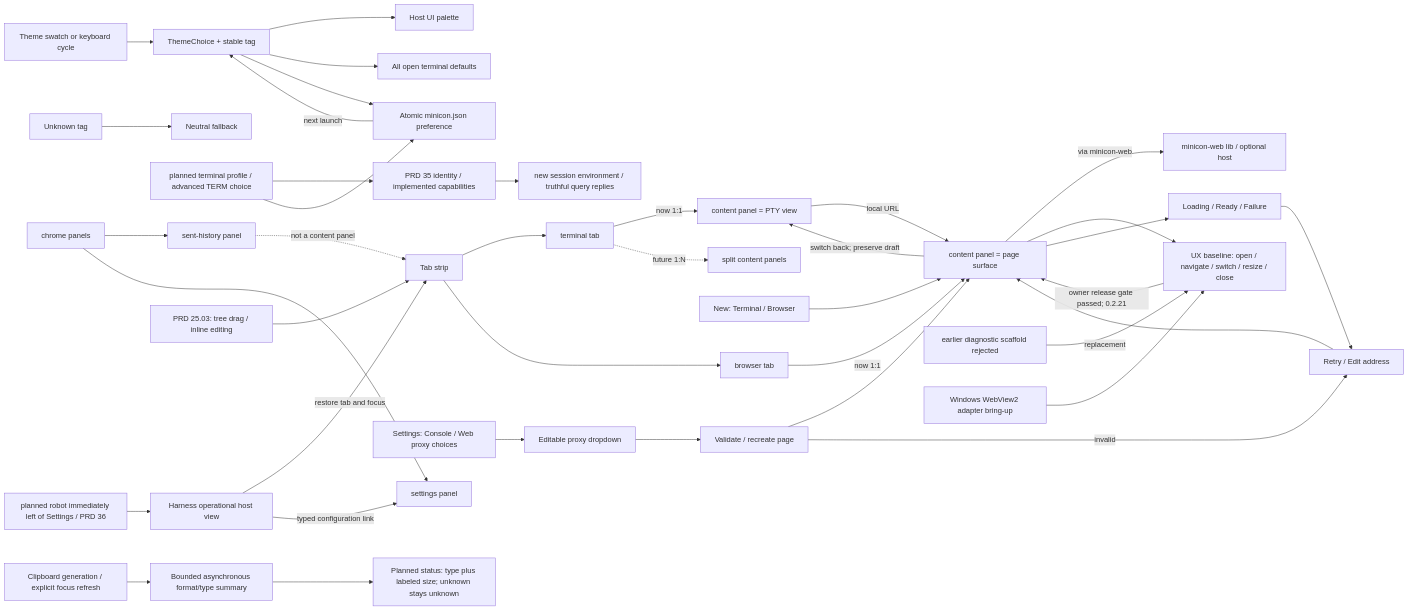
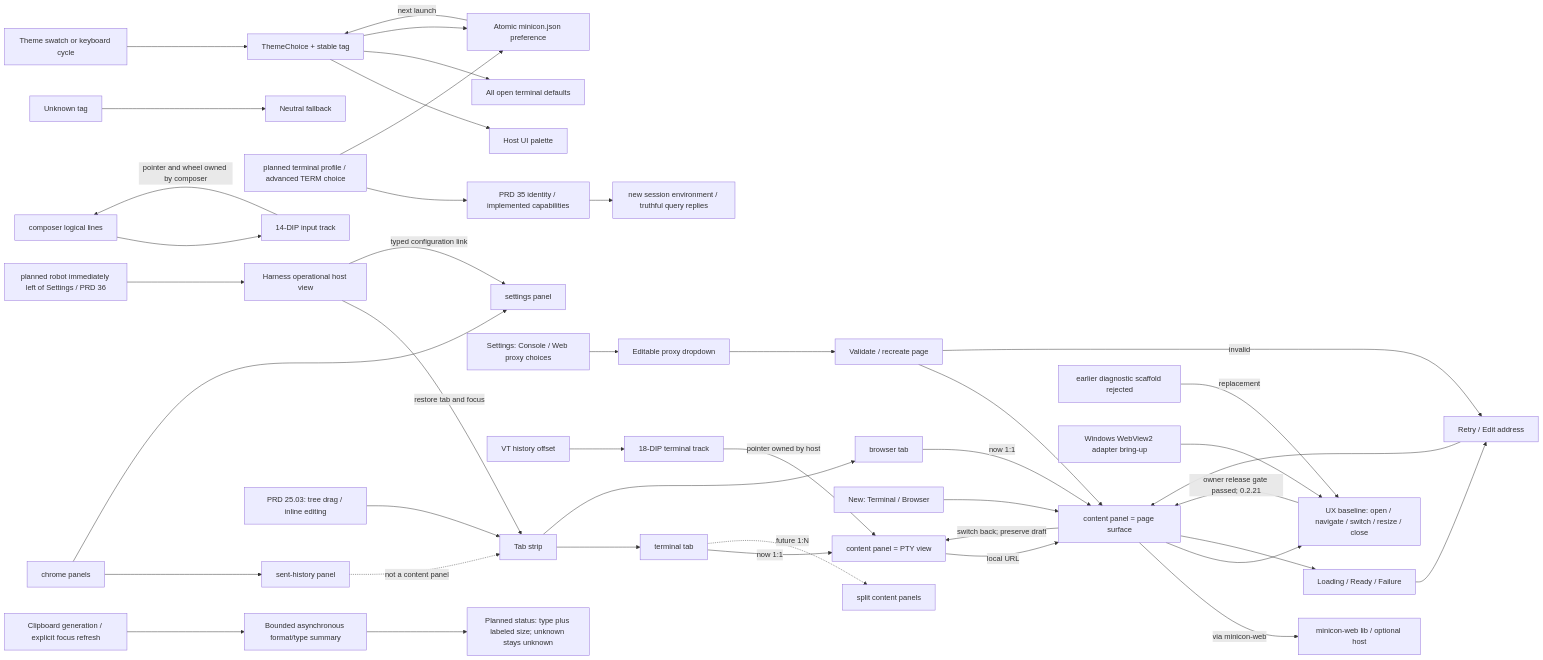
The first of 2 diagrams in prd/PRD_02_25_con_workspace.md (partnernetsoftware/minicon), drawn with Mermaid before and after one commit. The commit also changed other lines of this file and 6 other files, not shown here.

Commit message:
Improve terminal and composer scrollbars

````diff
--- a/prd/PRD_02_25_con_workspace.md
+++ b/prd/PRD_02_25_con_workspace.md
@@ -61,41 +67,45 @@
 ```mermaid
 flowchart LR
     Choice["Theme swatch or keyboard cycle"] --> T["ThemeChoice + stable tag"]
     T --> Host["Host UI palette"]
     T --> Tabs["All open terminal defaults"]
     T --> Save["Atomic minicon.json preference"]
     Save -->|next launch| T
     Bad["Unknown tag"] --> Default["Neutral fallback"]
     Term["planned terminal profile / advanced TERM choice"] --> Contract["PRD 35 identity / implemented capabilities"]
     Contract --> Spawn["new session environment / truthful query replies"]
     Term --> Save
     Strip["Tab strip"] --> TermTab["terminal tab"]
     Strip --> BrTab["browser tab"]
     TermTab -->|"now 1:1"| TermCP["content panel = PTY view"]
     BrTab -->|"now 1:1"| BrCP["content panel = page surface"]
     BrCP -->|"via minicon-web"| Web["minicon-web lib / optional host"]
     BrCP --> UX["UX baseline: open / navigate / switch / resize / close"]
     BadUX["earlier diagnostic scaffold rejected"] -->|"replacement"| UX
     WinWeb["Windows WebView2 adapter bring-up"] --> UX
     UX -->|"owner release gate passed; 0.2.21"| BrCP
     Entry["New: Terminal / Browser"] --> BrCP
     BrCP --> State["Loading / Ready / Failure"]
     State --> Recovery["Retry / Edit address"]
     Recovery --> BrCP
     Choices["Settings: Console / Web proxy choices"] --> Proxy
     Proxy["Editable proxy dropdown"] --> Validate["Validate / recreate page"]
     Validate --> BrCP
     Validate -->|invalid| Recovery
     TermCP -->|"local URL"| BrCP
+    VTHistory["VT history offset"] --> TermScroll["18-DIP terminal track"]
+    DraftLines["composer logical lines"] --> DraftScroll["14-DIP input track"]
+    TermScroll -->|"pointer owned by host"| TermCP
+    DraftScroll -->|"pointer and wheel owned by composer"| DraftLines
     BrCP -->|"switch back; preserve draft"| TermCP
     TermTab -.->|"future 1:N"| Multi["split content panels"]
     Chrome["chrome panels"] --> Hist["sent-history panel"]
     Chrome --> Sett["settings panel"]
     Robot["planned robot immediately left of Settings / PRD 36"] --> HW["Harness operational host view"]
     TI["PRD 25.03: tree drag / inline editing"] --> Strip
     HW -->|"restore tab and focus"| Strip
     HW -->|"typed configuration link"| Sett
     Hist -.->|"not a content panel"| Strip
     CB["Clipboard generation / explicit focus refresh"] --> CT["Bounded asynchronous format/type summary"]
     CT --> CS["Planned status: type plus labeled size; unknown stays unknown"]
 ```
````
